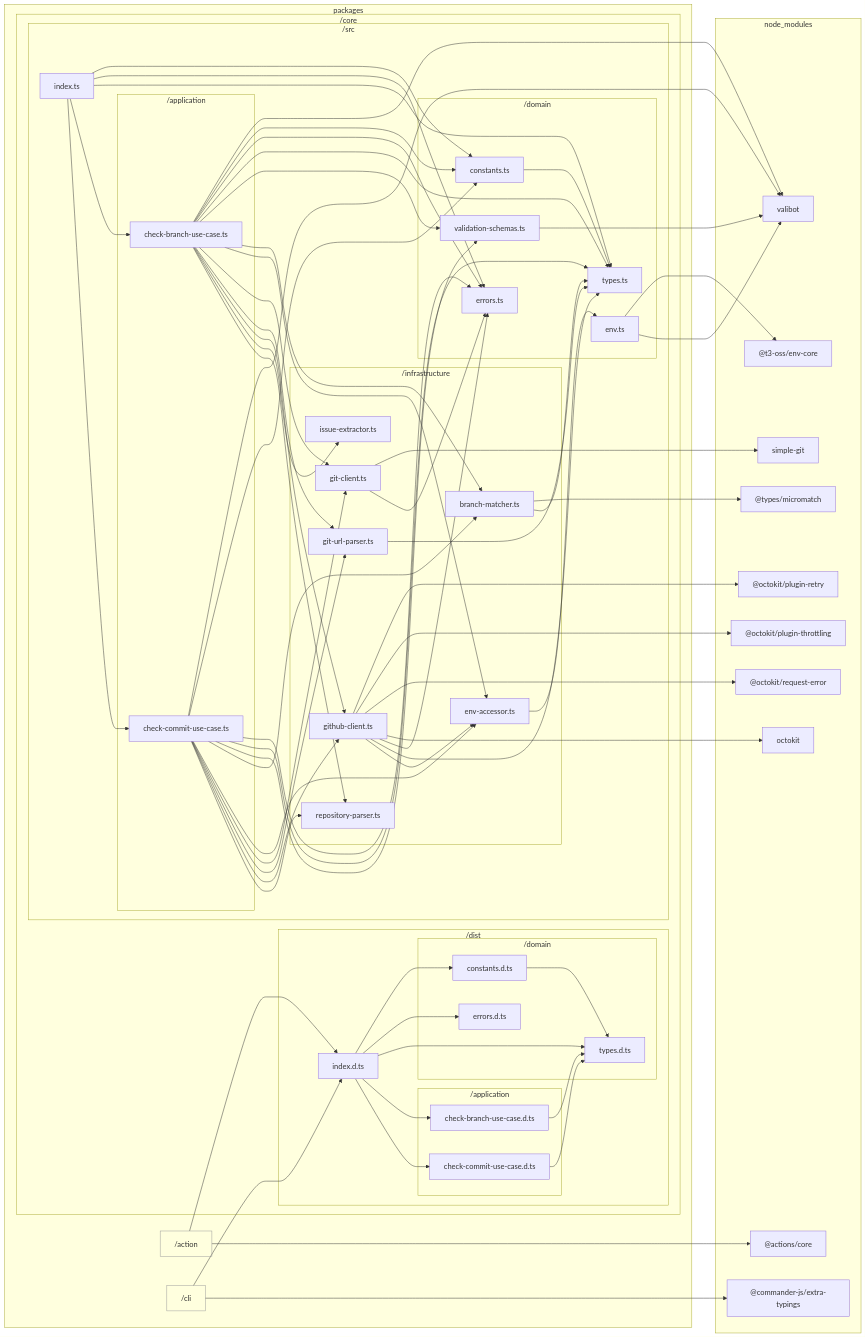
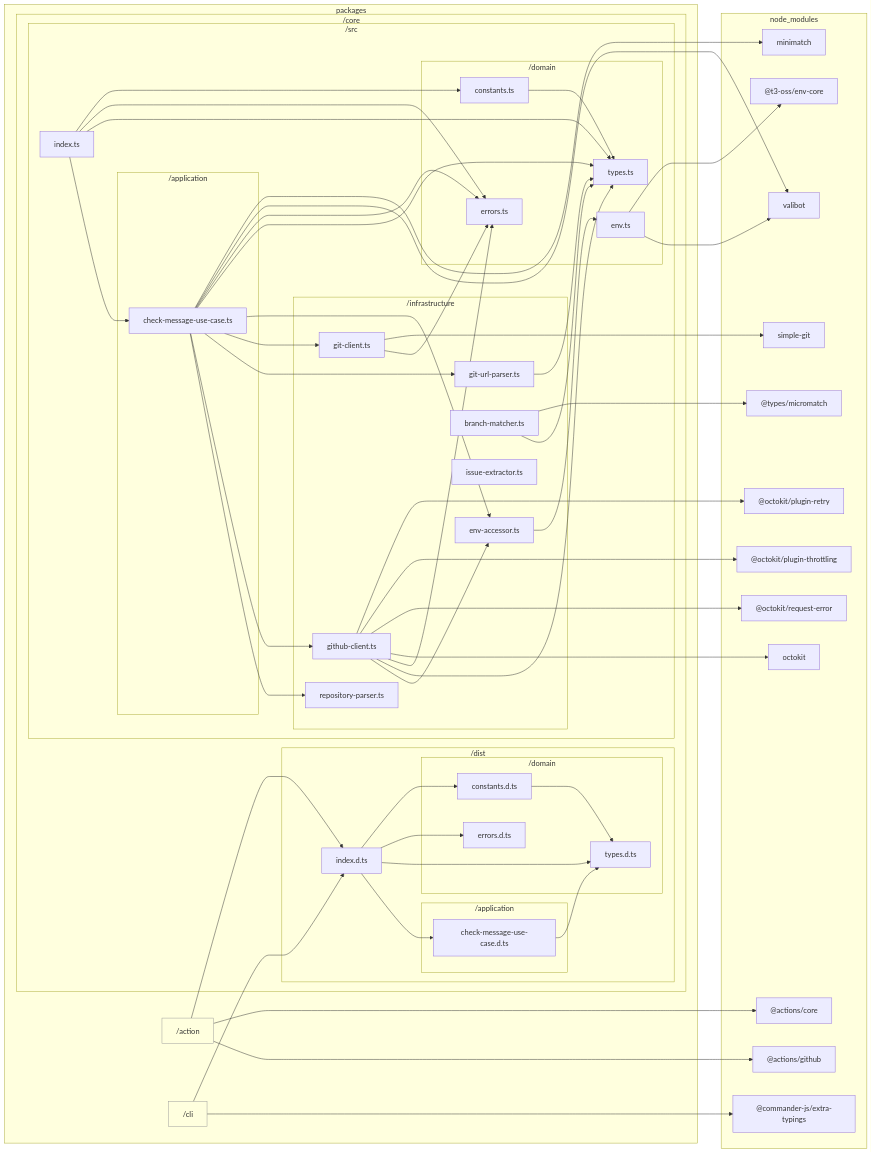
The diagram in docs/reports/dependencies/core-detail.md (sugurutakahashi-1234/issue-linker), drawn with Mermaid before and after one commit. The commit also changed 27 other files, not shown here.

First line of the commit message:
refactor: remove commit and branch checking commands [deps-change]

````diff
--- a/docs/reports/dependencies/core-detail.md
+++ b/docs/reports/dependencies/core-detail.md
@@ -19,8 +19,7 @@
                     packages/core/dist/domain/errors.d.ts["errors.d.ts"]
                 end
                 subgraph packages/core/dist/application["/application"]
-                    packages/core/dist/application/check//branch//use//case.d.ts["check-branch-use-case.d.ts"]
-                    packages/core/dist/application/check//commit//use//case.d.ts["check-commit-use-case.d.ts"]
+                    packages/core/dist/application/check//message//use//case.d.ts["check-message-use-case.d.ts"]
                 end
             end
             subgraph packages/core/src["/src"]
@@ -29,53 +28,49 @@
                     packages/core/src/domain/types.ts["types.ts"]
                     packages/core/src/domain/constants.ts["constants.ts"]
                     packages/core/src/domain/errors.ts["errors.ts"]
-                    packages/core/src/domain/validation//schemas.ts["validation-schemas.ts"]
                     packages/core/src/domain/env.ts["env.ts"]
                 end
                 subgraph packages/core/src/infrastructure["/infrastructure"]
-                    packages/core/src/infrastructure/branch//matcher.ts["branch-matcher.ts"]
                     packages/core/src/infrastructure/env//accessor.ts["env-accessor.ts"]
                     packages/core/src/infrastructure/git//client.ts["git-client.ts"]
                     packages/core/src/infrastructure/git//url//parser.ts["git-url-parser.ts"]
                     packages/core/src/infrastructure/github//client.ts["github-client.ts"]
+                    packages/core/src/infrastructure/repository//parser.ts["repository-parser.ts"]
+                    packages/core/src/infrastructure/branch//matcher.ts["branch-matcher.ts"]
                     packages/core/src/infrastructure/issue//extractor.ts["issue-extractor.ts"]
-                    packages/core/src/infrastructure/repository//parser.ts["repository-parser.ts"]
                 end
                 subgraph packages/core/src/application["/application"]
-                    packages/core/src/application/check//branch//use//case.ts["check-branch-use-case.ts"]
-                    packages/core/src/application/check//commit//use//case.ts["check-commit-use-case.ts"]
+                    packages/core/src/application/check//message//use//case.ts["check-message-use-case.ts"]
                 end
             end
         end
     end
     subgraph node//modules["node_modules"]
         node//modules///actions/core/lib/core.d.ts["@actions/core"]
+        node//modules///actions/github/lib/github.d.ts["@actions/github"]
         node//modules///commander//js/extra//typings/index.d.ts["@commander-js/extra-typings"]
+        node//modules///t3//oss/env//core/dist/index.d.ts["@t3-oss/env-core"]
         node//modules/valibot/dist/index.d.cts["valibot"]
-        node//modules///types/micromatch/index.d.ts["@types/micromatch"]
-        node//modules///t3//oss/env//core/dist/index.d.ts["@t3-oss/env-core"]
         node//modules/simple//git/dist/typings/index.d.ts["simple-git"]
         node//modules///octokit/plugin//retry/dist//types/index.d.ts["@octokit/plugin-retry"]
         node//modules///octokit/plugin//throttling/dist//types/index.d.ts["@octokit/plugin-throttling"]
         node//modules///octokit/request//error/dist//types/index.d.ts["@octokit/request-error"]
         node//modules/octokit/dist//types/index.d.ts["octokit"]
+        node//modules/minimatch/dist/commonjs/index.d.ts["minimatch"]
+        node//modules///types/micromatch/index.d.ts["@types/micromatch"]
     end
     packages/core/dist/domain/constants.d.ts-->packages/core/dist/domain/types.d.ts
-    packages/core/dist/application/check//branch//use//case.d.ts-->packages/core/dist/domain/types.d.ts
-    packages/core/dist/application/check//commit//use//case.d.ts-->packages/core/dist/domain/types.d.ts
+    packages/core/dist/application/check//message//use//case.d.ts-->packages/core/dist/domain/types.d.ts
     packages/core/dist/index.d.ts-->packages/core/dist/domain/constants.d.ts
     packages/core/dist/index.d.ts-->packages/core/dist/domain/errors.d.ts
     packages/core/dist/index.d.ts-->packages/core/dist/domain/types.d.ts
-    packages/core/dist/index.d.ts-->packages/core/dist/application/check//branch//use//case.d.ts
-    packages/core/dist/index.d.ts-->packages/core/dist/application/check//commit//use//case.d.ts
+    packages/core/dist/index.d.ts-->packages/core/dist/application/check//message//use//case.d.ts
     packages/action-->node//modules///actions/core/lib/core.d.ts
+    packages/action-->node//modules///actions/github/lib/github.d.ts
     packages/action-->packages/core/dist/index.d.ts
     packages/cli-->node//modules///commander//js/extra//typings/index.d.ts
     packages/cli-->packages/core/dist/index.d.ts
     packages/core/src/domain/constants.ts-->packages/core/src/domain/types.ts
-    packages/core/src/domain/validation//schemas.ts-->node//modules/valibot/dist/index.d.cts
-    packages/core/src/infrastructure/branch//matcher.ts-->node//modules///types/micromatch/index.d.ts
-    packages/core/src/infrastructure/branch//matcher.ts-->packages/core/src/domain/types.ts
     packages/core/src/domain/env.ts-->node//modules///t3//oss/env//core/dist/index.d.ts
     packages/core/src/domain/env.ts-->node//modules/valibot/dist/index.d.cts
     packages/core/src/infrastructure/env//accessor.ts-->packages/core/src/domain/env.ts
@@ -89,32 +84,19 @@
     packages/core/src/infrastructure/github//client.ts-->packages/core/src/domain/errors.ts
     packages/core/src/infrastructure/github//client.ts-->packages/core/src/domain/types.ts
     packages/core/src/infrastructure/github//client.ts-->packages/core/src/infrastructure/env//accessor.ts
-    packages/core/src/application/check//branch//use//case.ts-->node//modules/valibot/dist/index.d.cts
-    packages/core/src/application/check//branch//use//case.ts-->packages/core/src/domain/constants.ts
-    packages/core/src/application/check//branch//use//case.ts-->packages/core/src/domain/errors.ts
-    packages/core/src/application/check//branch//use//case.ts-->packages/core/src/domain/types.ts
-    packages/core/src/application/check//branch//use//case.ts-->packages/core/src/domain/validation//schemas.ts
-    packages/core/src/application/check//branch//use//case.ts-->packages/core/src/infrastructure/branch//matcher.ts
-    packages/core/src/application/check//branch//use//case.ts-->packages/core/src/infrastructure/env//accessor.ts
-    packages/core/src/application/check//branch//use//case.ts-->packages/core/src/infrastructure/git//client.ts
-    packages/core/src/application/check//branch//use//case.ts-->packages/core/src/infrastructure/git//url//parser.ts
-    packages/core/src/application/check//branch//use//case.ts-->packages/core/src/infrastructure/github//client.ts
-    packages/core/src/application/check//branch//use//case.ts-->packages/core/src/infrastructure/issue//extractor.ts
-    packages/core/src/application/check//branch//use//case.ts-->packages/core/src/infrastructure/repository//parser.ts
-    packages/core/src/application/check//commit//use//case.ts-->node//modules/valibot/dist/index.d.cts
-    packages/core/src/application/check//commit//use//case.ts-->packages/core/src/domain/constants.ts
-    packages/core/src/application/check//commit//use//case.ts-->packages/core/src/domain/errors.ts
-    packages/core/src/application/check//commit//use//case.ts-->packages/core/src/domain/types.ts
-    packages/core/src/application/check//commit//use//case.ts-->packages/core/src/domain/validation//schemas.ts
-    packages/core/src/application/check//commit//use//case.ts-->packages/core/src/infrastructure/branch//matcher.ts
-    packages/core/src/application/check//commit//use//case.ts-->packages/core/src/infrastructure/env//accessor.ts
-    packages/core/src/application/check//commit//use//case.ts-->packages/core/src/infrastructure/git//client.ts
-    packages/core/src/application/check//commit//use//case.ts-->packages/core/src/infrastructure/git//url//parser.ts
-    packages/core/src/application/check//commit//use//case.ts-->packages/core/src/infrastructure/github//client.ts
-    packages/core/src/application/check//commit//use//case.ts-->packages/core/src/infrastructure/repository//parser.ts
+    packages/core/src/application/check//message//use//case.ts-->node//modules/minimatch/dist/commonjs/index.d.ts
+    packages/core/src/application/check//message//use//case.ts-->node//modules/valibot/dist/index.d.cts
+    packages/core/src/application/check//message//use//case.ts-->packages/core/src/domain/errors.ts
+    packages/core/src/application/check//message//use//case.ts-->packages/core/src/domain/types.ts
+    packages/core/src/application/check//message//use//case.ts-->packages/core/src/infrastructure/env//accessor.ts
+    packages/core/src/application/check//message//use//case.ts-->packages/core/src/infrastructure/git//client.ts
+    packages/core/src/application/check//message//use//case.ts-->packages/core/src/infrastructure/git//url//parser.ts
+    packages/core/src/application/check//message//use//case.ts-->packages/core/src/infrastructure/github//client.ts
+    packages/core/src/application/check//message//use//case.ts-->packages/core/src/infrastructure/repository//parser.ts
     packages/core/src/index.ts-->packages/core/src/domain/constants.ts
     packages/core/src/index.ts-->packages/core/src/domain/errors.ts
     packages/core/src/index.ts-->packages/core/src/domain/types.ts
-    packages/core/src/index.ts-->packages/core/src/application/check//branch//use//case.ts
-    packages/core/src/index.ts-->packages/core/src/application/check//commit//use//case.ts
+    packages/core/src/index.ts-->packages/core/src/application/check//message//use//case.ts
+    packages/core/src/infrastructure/branch//matcher.ts-->node//modules///types/micromatch/index.d.ts
+    packages/core/src/infrastructure/branch//matcher.ts-->packages/core/src/domain/types.ts
 ```
````
